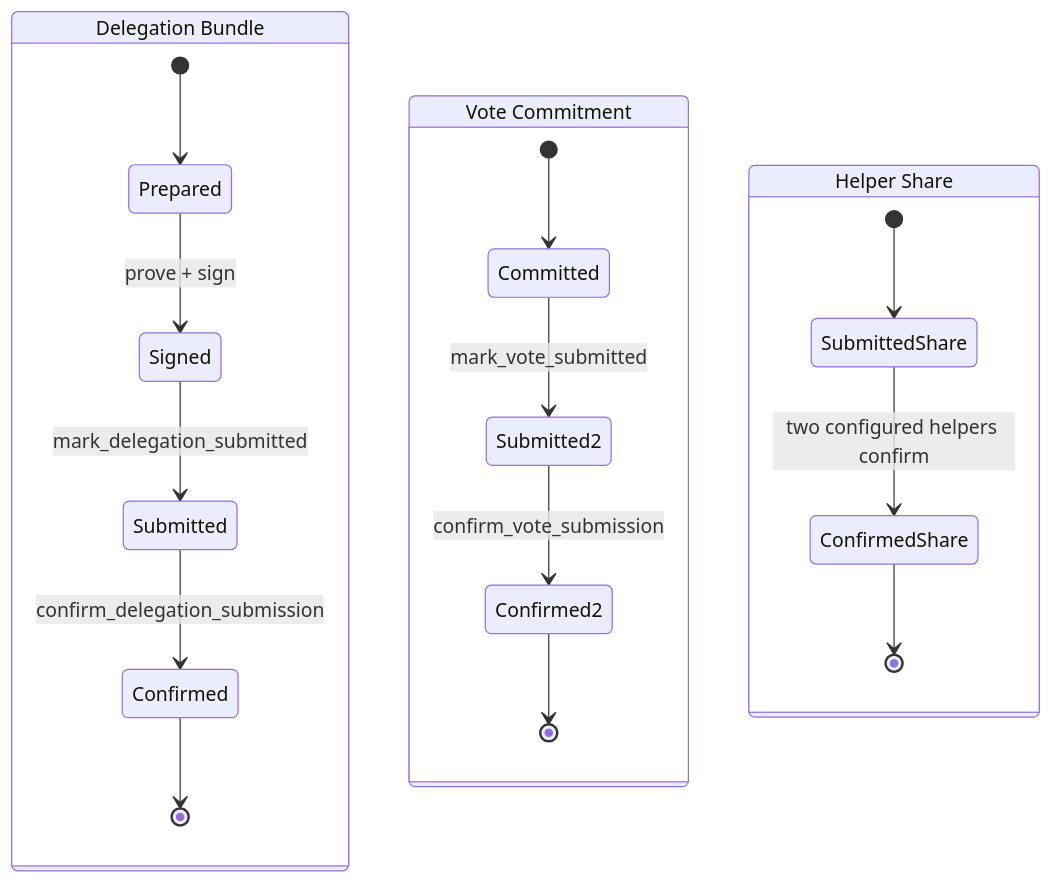
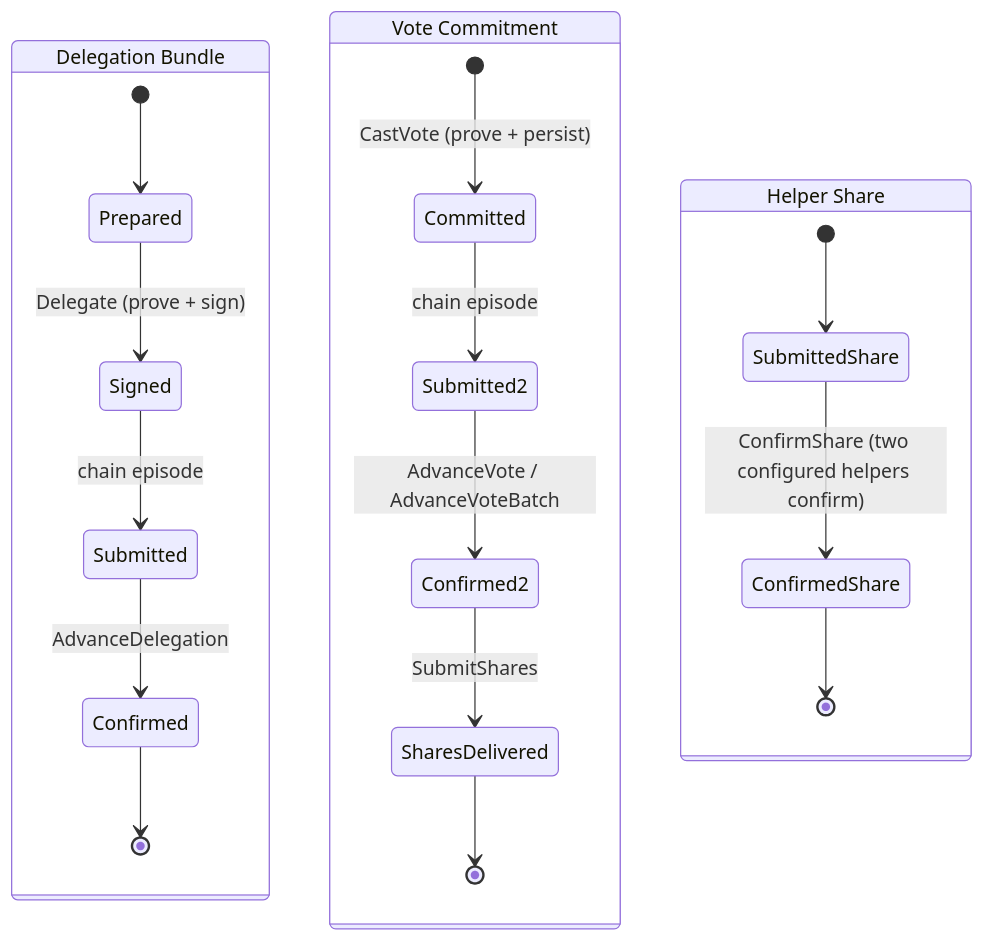
One commit to chainapsis/vizor-wallet changed the diagram in rust/src/wallet/voting/README.md. Above: the diagram before and after it, drawn with Mermaid. The commit also changed other lines of this file and 18 other files, not shown here.

First line of the commit message:
Remove the host-sequenced voting bridge surface

````diff
--- a/rust/src/wallet/voting/README.md
+++ b/rust/src/wallet/voting/README.md
@@ -126,21 +146,22 @@
 ```mermaid
 stateDiagram-v2
     state "Delegation Bundle" as Delegation {
         [*] --> Prepared
-        Prepared --> Signed: prove + sign
-        Signed --> Submitted: mark_delegation_submitted
-        Submitted --> Confirmed: confirm_delegation_submission
+        Prepared --> Signed: Delegate (prove + sign)
+        Signed --> Submitted: chain episode
+        Submitted --> Confirmed: AdvanceDelegation
         Confirmed --> [*]
     }
     state "Vote Commitment" as Vote {
-        [*] --> Committed
-        Committed --> Submitted2: mark_vote_submitted
-        Submitted2 --> Confirmed2: confirm_vote_submission
-        Confirmed2 --> [*]
+        [*] --> Committed: CastVote (prove + persist)
+        Committed --> Submitted2: chain episode
+        Submitted2 --> Confirmed2: AdvanceVote / AdvanceVoteBatch
+        Confirmed2 --> SharesDelivered: SubmitShares
+        SharesDelivered --> [*]
     }
     state "Helper Share" as Share {
         [*] --> SubmittedShare
-        SubmittedShare --> ConfirmedShare: two configured helpers confirm
+        SubmittedShare --> ConfirmedShare: ConfirmShare (two configured helpers confirm)
         ConfirmedShare --> [*]
     }
 ```
````
